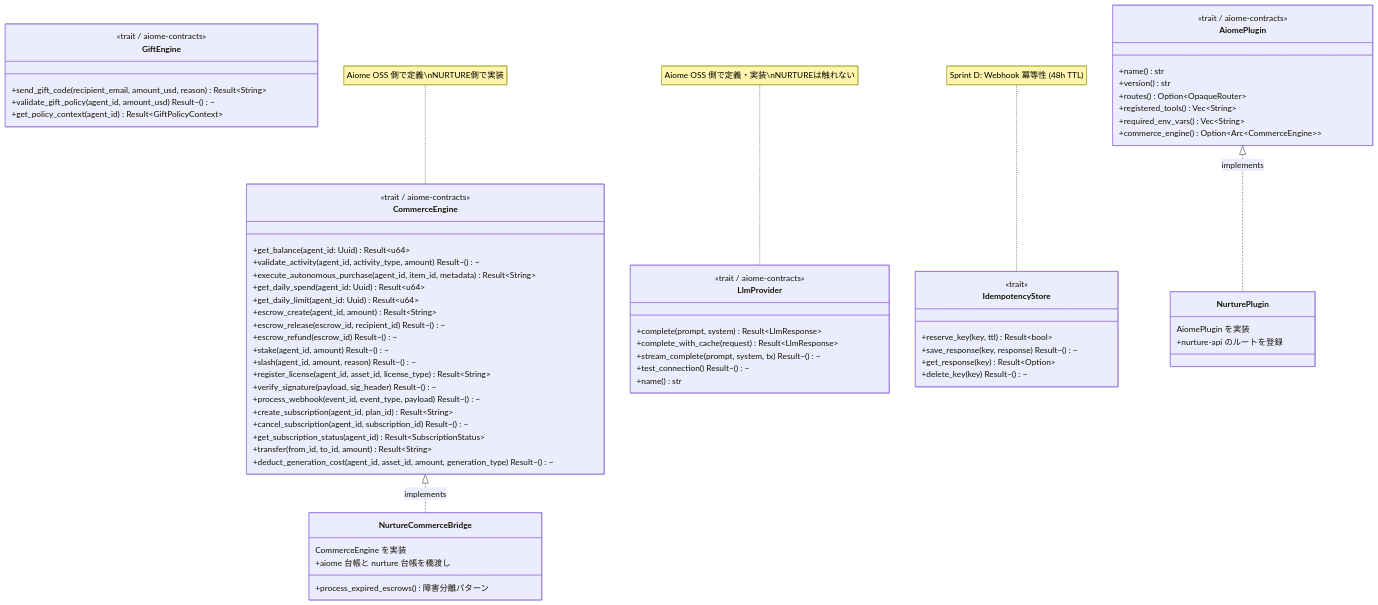
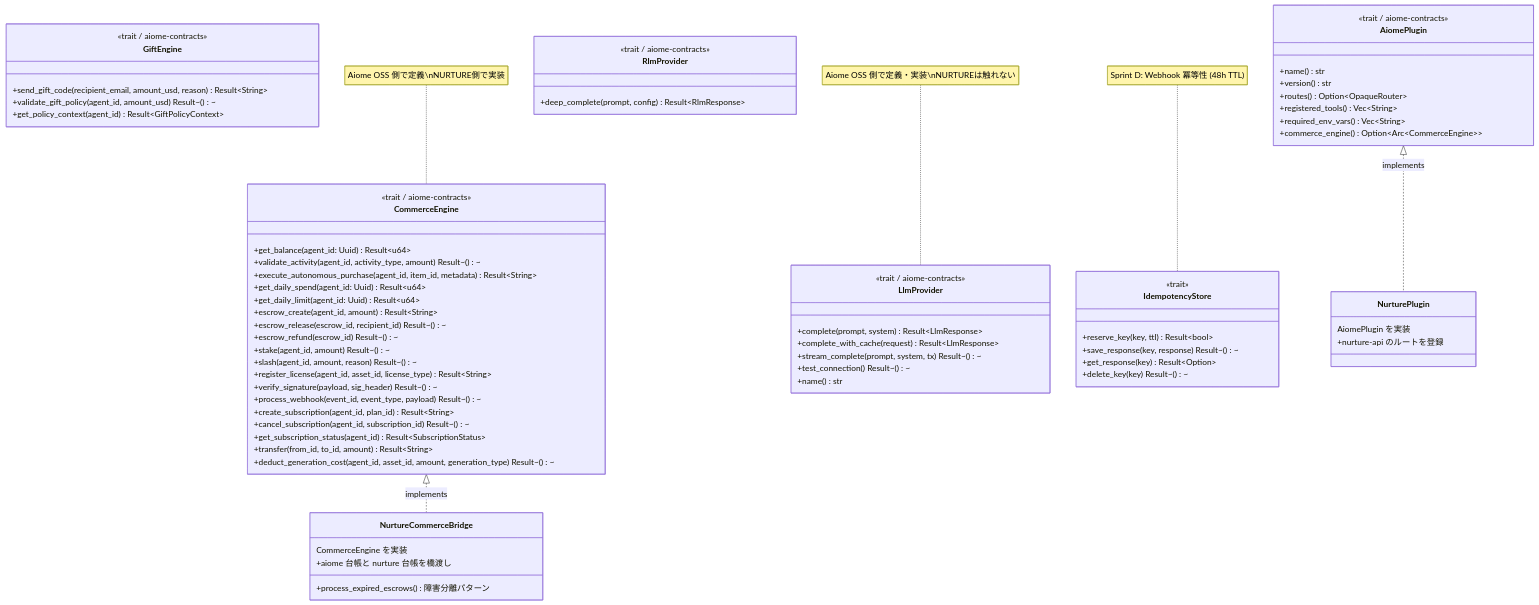
The ninth of 11 diagrams in docs/architecture/AIOME_NURTURE_SYNERGY.md (for4xex-droid/modular-open-claw), drawn with Mermaid before and after one commit. The commit also changed other lines of this file and 103 other files, not shown here.

````diff
--- a/docs/architecture/AIOME_NURTURE_SYNERGY.md
+++ b/docs/architecture/AIOME_NURTURE_SYNERGY.md
@@ -600,76 +600,81 @@
 ```mermaid
 classDiagram
     class CommerceEngine {
         <<trait / aiome-contracts>>
         +get_balance(agent_id: Uuid) Result~u64~
         +validate_activity(agent_id, activity_type, amount) Result~()~
         +execute_autonomous_purchase(agent_id, item_id, metadata) Result~String~
         +get_daily_spend(agent_id: Uuid) Result~u64~
         +get_daily_limit(agent_id: Uuid) Result~u64~
         +escrow_create(agent_id, amount) Result~String~
         +escrow_release(escrow_id, recipient_id) Result~()~
         +escrow_refund(escrow_id) Result~()~
         +stake(agent_id, amount) Result~()~
         +slash(agent_id, amount, reason) Result~()~
         +register_license(agent_id, asset_id, license_type) Result~String~
         +verify_signature(payload, sig_header) Result~()~
         +process_webhook(event_id, event_type, payload) Result~()~
         +create_subscription(agent_id, plan_id) Result~String~
         +cancel_subscription(agent_id, subscription_id) Result~()~
         +get_subscription_status(agent_id) Result~SubscriptionStatus~
         +transfer(from_id, to_id, amount) Result~String~
         +deduct_generation_cost(agent_id, asset_id, amount, generation_type) Result~()~
     }
 
     class GiftEngine {
         <<trait / aiome-contracts>>
         +send_gift_code(recipient_email, amount_usd, reason) Result~String~
         +validate_gift_policy(agent_id, amount_usd) Result~()~
         +get_policy_context(agent_id) Result~GiftPolicyContext~
     }
 
     class AiomePlugin {
         <<trait / aiome-contracts>>
         +name() str
         +version() str
         +routes() Option~OpaqueRouter~
         +registered_tools() Vec~String~
         +required_env_vars() Vec~String~
         +commerce_engine() Option~Arc~CommerceEngine~~
     }
 
     class LlmProvider {
         <<trait / aiome-contracts>>
         +complete(prompt, system) Result~LlmResponse~
         +complete_with_cache(request) Result~LlmResponse~
         +stream_complete(prompt, system, tx) Result~()~
         +test_connection() Result~()~
         +name() str
     }
 
+    class RlmProvider {
+        <<trait / aiome-contracts>>
+        +deep_complete(prompt, config) Result~RlmResponse~
+    }
+
     class NurtureCommerceBridge {
         CommerceEngine を実装
         +aiome 台帳と nurture 台帳を橋渡し
         +process_expired_escrows() 障害分離パターン
     }
 
     class IdempotencyStore {
         <<trait>>
         +reserve_key(key, ttl) Result~bool~
         +save_response(key, response) Result~()~
         +get_response(key) Result~Option~
         +delete_key(key) Result~()~
     }
 
     class NurturePlugin {
         AiomePlugin を実装
         +nurture-api のルートを登録
     }
 
     CommerceEngine <|.. NurtureCommerceBridge : implements
     AiomePlugin <|.. NurturePlugin : implements
 
     note for CommerceEngine "Aiome OSS 側で定義\nNURTURE側で実装"
     note for LlmProvider "Aiome OSS 側で定義・実装\nNURTUREは触れない"
     note for IdempotencyStore "Sprint D: Webhook 冪等性 (48h TTL)"
 ```
````
